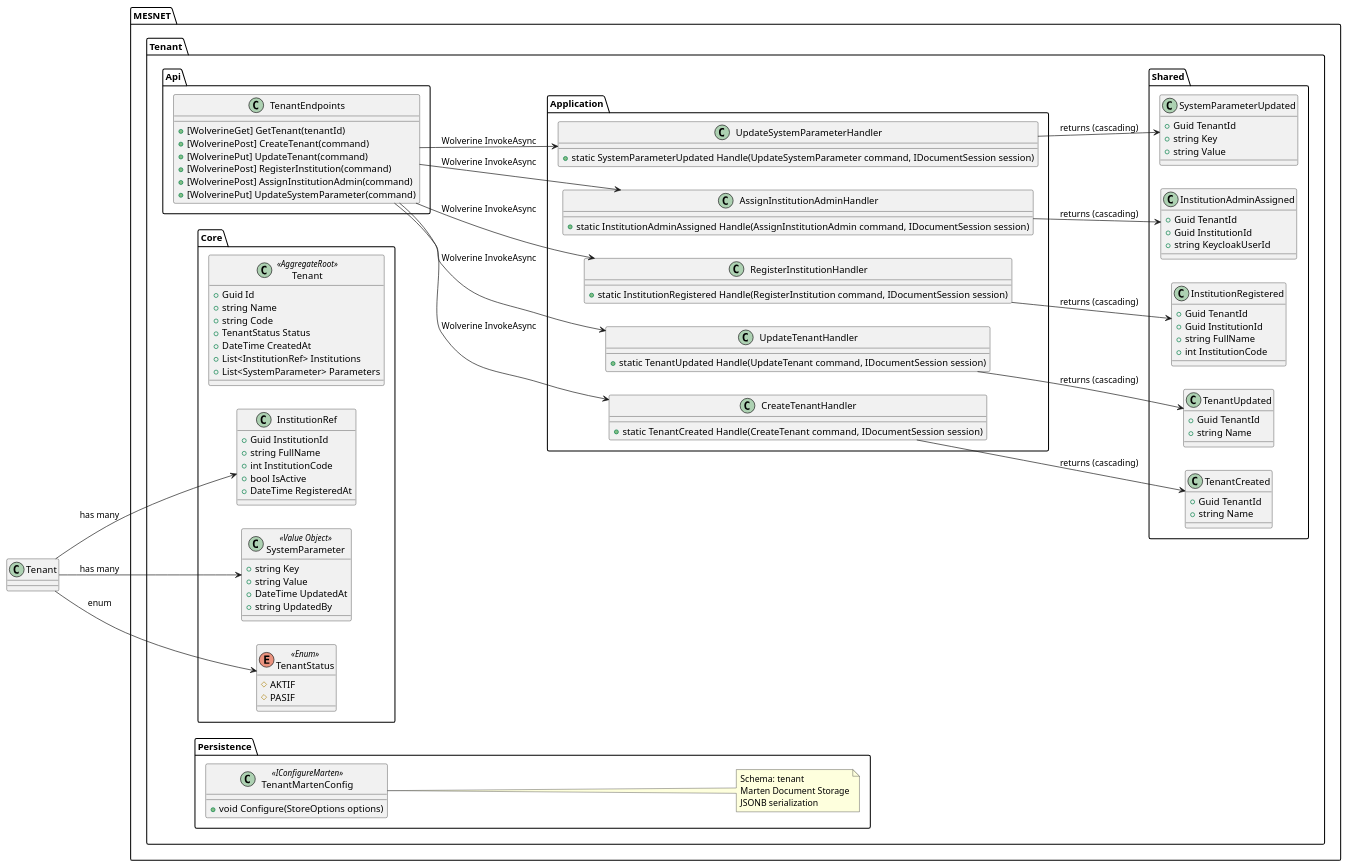
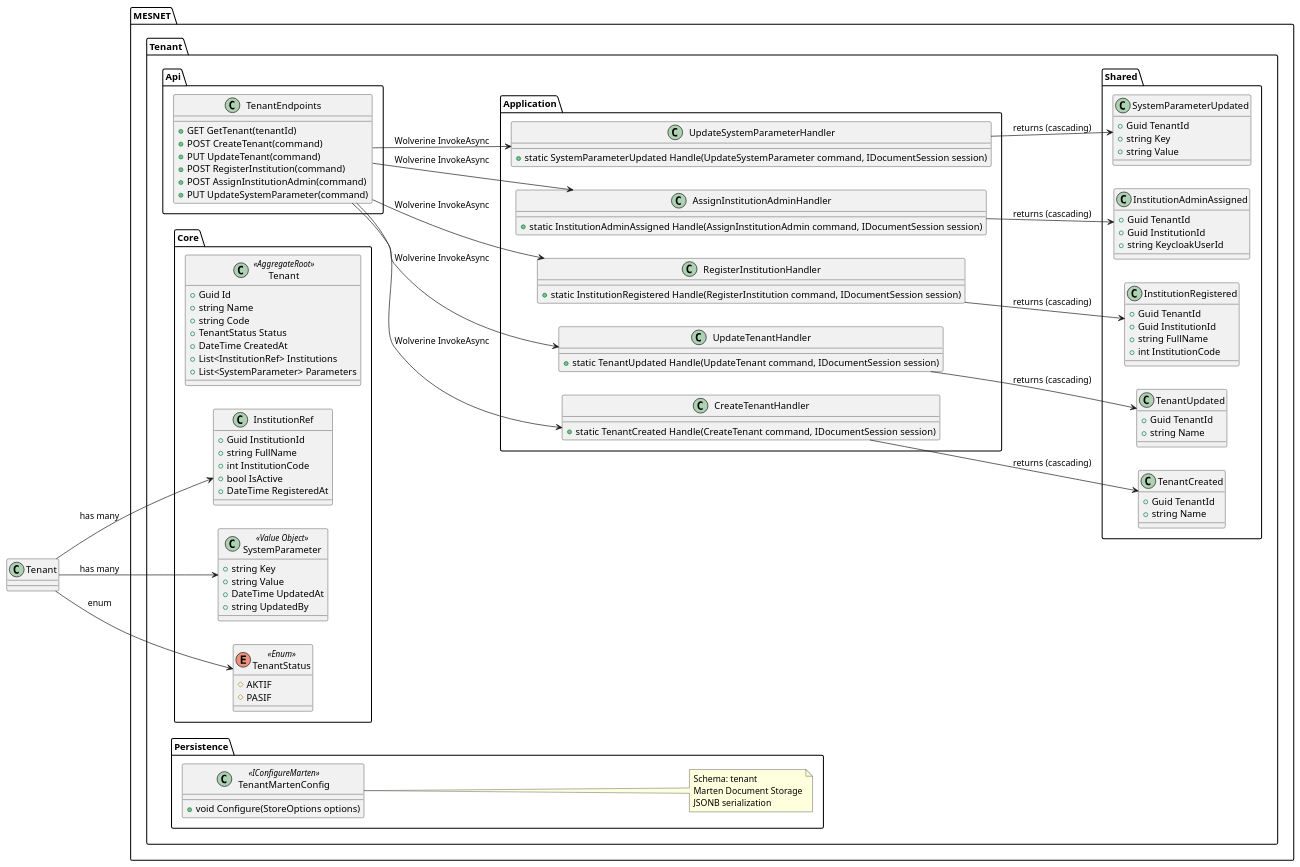
Before and after one commit to Ataturk-MTAL/MESNET: the first of 3 diagrams in src/Docs/docs/modules/tenant.mdx, drawn with PlantUML. The commit also changed 24 other files, not shown here.

```diff
--- a/src/Docs/docs/modules/tenant.mdx
+++ b/src/Docs/docs/modules/tenant.mdx
@@ -18,12 +18,12 @@
 
 package "MESNET.Tenant.Api" {
     class TenantEndpoints {
-        +[WolverineGet] GetTenant(tenantId)
-        +[WolverinePost] CreateTenant(command)
-        +[WolverinePut] UpdateTenant(command)
-        +[WolverinePost] RegisterInstitution(command)
-        +[WolverinePost] AssignInstitutionAdmin(command)
-        +[WolverinePut] UpdateSystemParameter(command)
+        +GET GetTenant(tenantId)
+        +POST CreateTenant(command)
+        +PUT UpdateTenant(command)
+        +POST RegisterInstitution(command)
+        +POST AssignInstitutionAdmin(command)
+        +PUT UpdateSystemParameter(command)
     }
 }
 
```
